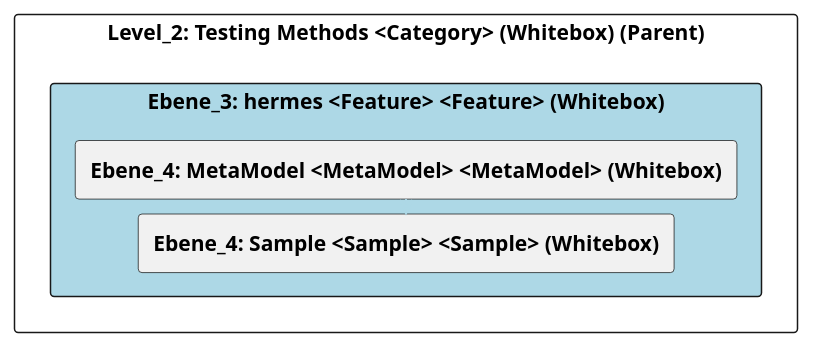
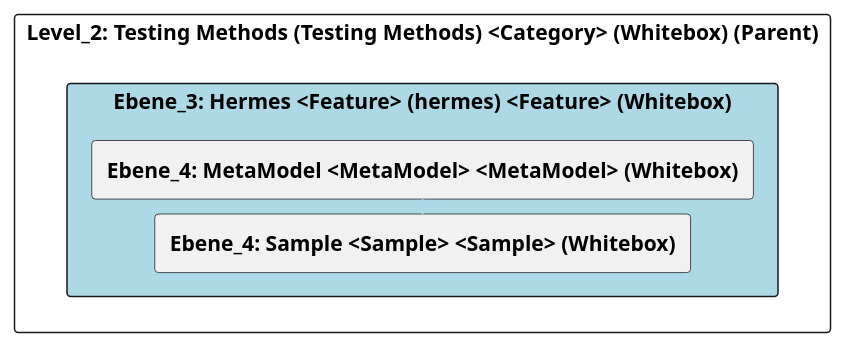
One commit to marcozwyssig/cleon changed the diagram in doc/cleonproject_deliverables_architecture_model_architecture/adoc/de/05_bausteinsicht/cleon/testing_methods/hermes/ebene_3_hermes.adoc. Above: the diagram before and after it, drawn with PlantUML. The commit also changed other lines of this file and 166 other files, not shown here.

```diff
--- a/doc/cleonproject_deliverables_architecture_model_architecture/adoc/de/05_bausteinsicht/cleon/testing_methods/hermes/ebene_3_hermes.adoc
+++ b/doc/cleonproject_deliverables_architecture_model_architecture/adoc/de/05_bausteinsicht/cleon/testing_methods/hermes/ebene_3_hermes.adoc
@@ -20,28 +20,28 @@
-[plantuml, Ebene_3: hermes <Feature> <Feature> (Whitebox)BlockOverview, format="svg"]
+[plantuml, Ebene_3: Hermes <Feature> (hermes) <Feature> (Whitebox)BlockOverview, format="svg"]
 ----
-@startuml Ebene_3: hermes <Feature> <Feature> (Whitebox)BuildingBlockOverview
+@startuml Ebene_3: Hermes <Feature> (hermes) <Feature> (Whitebox)BuildingBlockOverview
 
 skinparam ranksep 10
 skinparam componentStyle rectangle
 skinparam shadowing false
 skinparam arrowColor lightblue
 skinparam arrowThickness 1.2
 skinparam rectangle {
   BackgroundColor White
   BorderColor #333
   RoundCorner 10
 }
 top to bottom direction
 
-component "Level_2: Testing Methods <Category> (Whitebox) (Parent)" {
-    component "Ebene_3: hermes <Feature> <Feature> (Whitebox)" #lightblue {
+component "Level_2: Testing Methods (Testing Methods) <Category> (Whitebox) (Parent)" {
+    component "Ebene_3: Hermes <Feature> (hermes) <Feature> (Whitebox)" #lightblue {
         [**Ebene_4: MetaModel <MetaModel> <MetaModel> (Whitebox)**] as 4A56DE3F_D579_11EE_903E_9F564E4DE07E
         [**Ebene_4: Sample <Sample> <Sample> (Whitebox)**] as 4A56DE42_D579_11EE_903E_9F564E4DE07E
     }
 
     4A56DE3F_D579_11EE_903E_9F564E4DE07E -down-> 4A56DE42_D579_11EE_903E_9F564E4DE07E
     
 }
 
 @enduml
 ----
```
